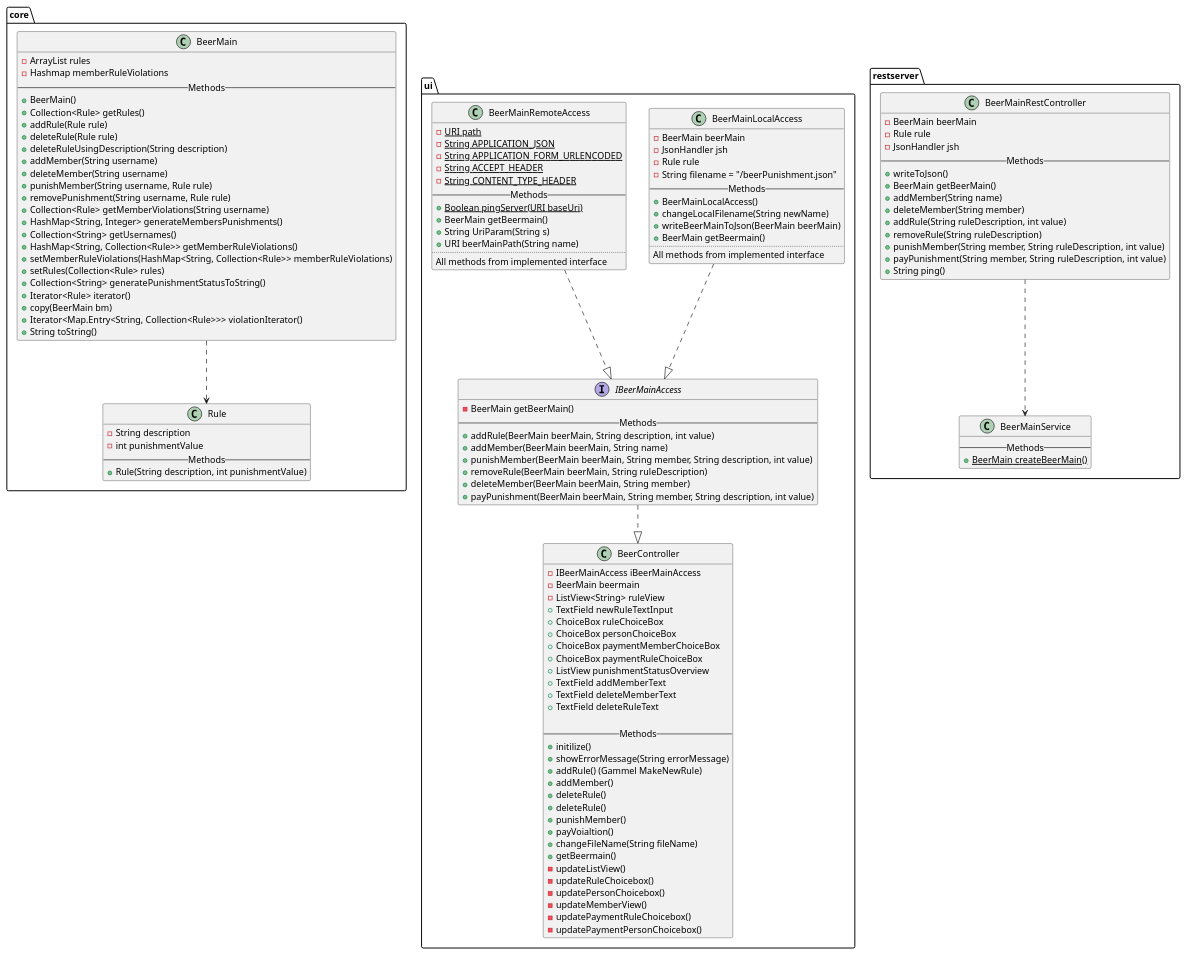
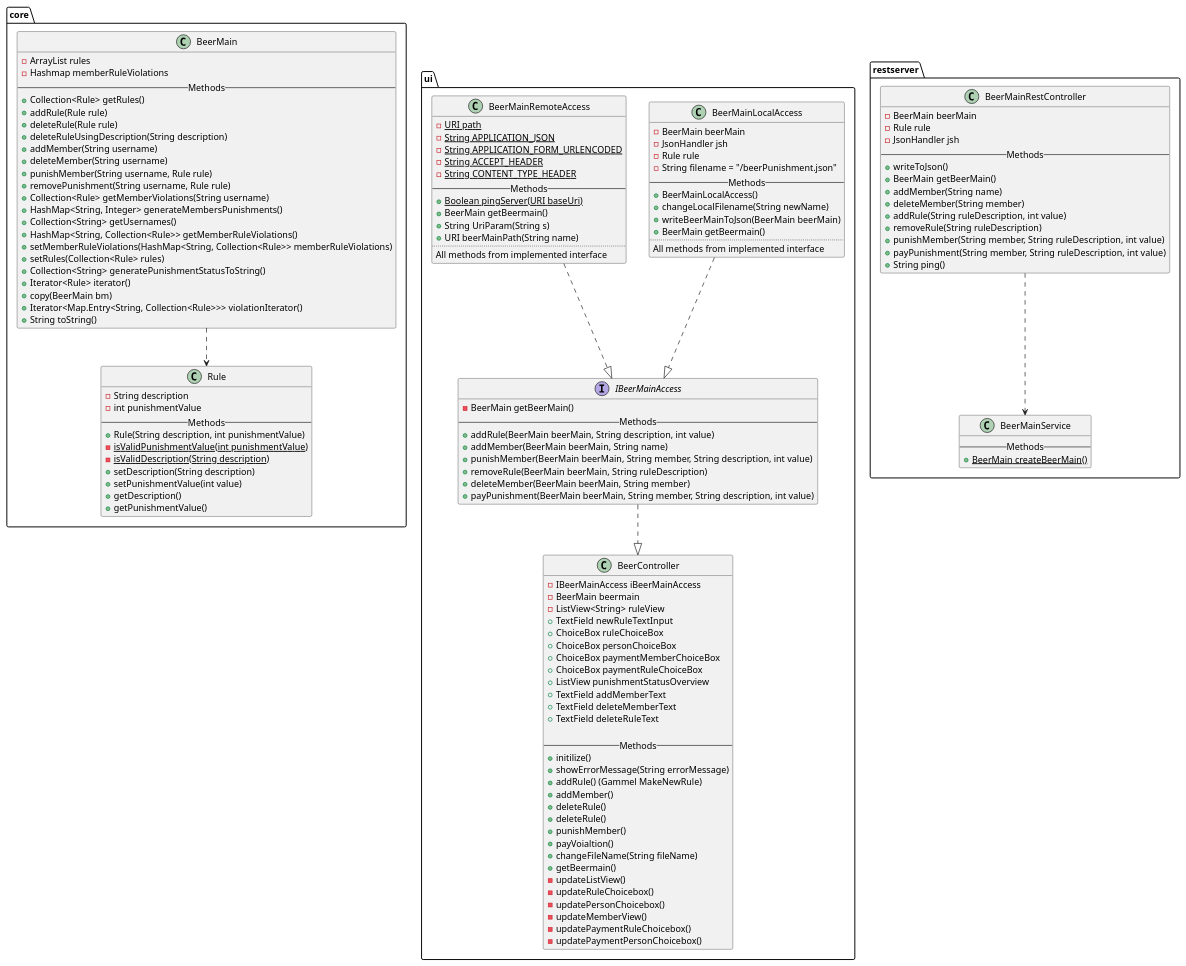
Before and after one commit to Annabdoan/it1901: the diagram in docs/ClassDiagram.puml, drawn with PlantUML.

Commit message:
(#47) - feat: class diagram for Rule

```diff
--- a/docs/ClassDiagram.puml
+++ b/docs/ClassDiagram.puml
@@ -1,136 +1,141 @@
 @startuml
 skinparam componentStyle uml2
 
  package "core" {
    class BeerMain{
      -ArrayList rules
      -Hashmap memberRuleViolations
      -- Methods --
-     +BeerMain()
      +Collection<Rule> getRules()
      +addRule(Rule rule)
      +deleteRule(Rule rule)
      +deleteRuleUsingDescription(String description)
      +addMember(String username)
      +deleteMember(String username)
      +punishMember(String username, Rule rule)
      +removePunishment(String username, Rule rule)
      +Collection<Rule> getMemberViolations(String username)
      +HashMap<String, Integer> generateMembersPunishments()
      +Collection<String> getUsernames()
      +HashMap<String, Collection<Rule>> getMemberRuleViolations()
      +setMemberRuleViolations(HashMap<String, Collection<Rule>> memberRuleViolations)
      +setRules(Collection<Rule> rules)
      +Collection<String> generatePunishmentStatusToString()
      +Iterator<Rule> iterator()
      +copy(BeerMain bm)
      +Iterator<Map.Entry<String, Collection<Rule>>> violationIterator()
      +String toString()
    }
    class Rule{
    -String description
    -int punishmentValue
    -- Methods --
    +Rule(String description, int punishmentValue)
+   -{static}isValidPunishmentValue(int punishmentValue)
+   -{static}isValidDescription(String description)
+   +setDescription(String description)
+   +setPunishmentValue(int value)
+   +getDescription()
+   +getPunishmentValue()
    }
    BeerMain ..> Rule
 }
 
 package "ui"{
     class BeerController{
     -IBeerMainAccess iBeerMainAccess
     -BeerMain beermain
     - ListView<String> ruleView
     + TextField newRuleTextInput
     + ChoiceBox ruleChoiceBox
     + ChoiceBox personChoiceBox
     + ChoiceBox paymentMemberChoiceBox
     + ChoiceBox paymentRuleChoiceBox
     + ListView punishmentStatusOverview
     + TextField addMemberText
     + TextField deleteMemberText
     + TextField deleteRuleText
 
     -- Methods --
     +initilize()
     +showErrorMessage(String errorMessage)
     +addRule() (Gammel MakeNewRule)
     +addMember()
     +deleteRule()
     +deleteRule()
     +punishMember()
     +payVoialtion()
     +changeFileName(String fileName)
     +getBeermain()
     -updateListView()
     -updateRuleChoicebox()
     -updatePersonChoicebox()
     -updateMemberView()
     -updatePaymentRuleChoicebox()
     -updatePaymentPersonChoicebox()
    }
    class BeerMainLocalAccess {
    -BeerMain beerMain
    -JsonHandler jsh
    -Rule rule
    -String filename = "/beerPunishment.json"
    -- Methods --
    +BeerMainLocalAccess()
    +changeLocalFilename(String newName)
    +writeBeerMainToJson(BeerMain beerMain)
    +BeerMain getBeermain()
    ..
    All methods from implemented interface
    }
    class BeerMainRemoteAccess {
    -{static}URI path
    -{static}String APPLICATION_JSON
    -{static}String APPLICATION_FORM_URLENCODED
    -{static}String ACCEPT_HEADER
    -{static}String CONTENT_TYPE_HEADER
    -- Methods --
    +{static}Boolean pingServer(URI baseUri)
    +BeerMain getBeermain()
    +String UriParam(String s)
    +URI beerMainPath(String name)
    ..
       All methods from implemented interface
    }
    interface IBeerMainAccess {
    -BeerMain getBeerMain()
    -- Methods --
    +addRule(BeerMain beerMain, String description, int value)
    +addMember(BeerMain beerMain, String name)
    +punishMember(BeerMain beerMain, String member, String description, int value)
    +removeRule(BeerMain beerMain, String ruleDescription)
    +deleteMember(BeerMain beerMain, String member)
    +payPunishment(BeerMain beerMain, String member, String description, int value)
    }
    BeerMainLocalAccess ..|> IBeerMainAccess
    BeerMainRemoteAccess ..|> IBeerMainAccess
    IBeerMainAccess ..|> BeerController
 }
 
 package "restserver"{
     class BeerMainRestController {
     -BeerMain beerMain
     -Rule rule
     -JsonHandler jsh
     -- Methods --
     +writeToJson()
     +BeerMain getBeerMain()
     + addMember(String name)
     + deleteMember(String member)
     + addRule(String ruleDescription, int value)
     + removeRule(String ruleDescription)
     + punishMember(String member, String ruleDescription, int value)
     + payPunishment(String member, String ruleDescription, int value)
     +String ping()
    }
    class BeerMainService{
    -- Methods --
    +{static}BeerMain createBeerMain()
    }
    BeerMainRestController ..> BeerMainService
 }
 @enduml
```
